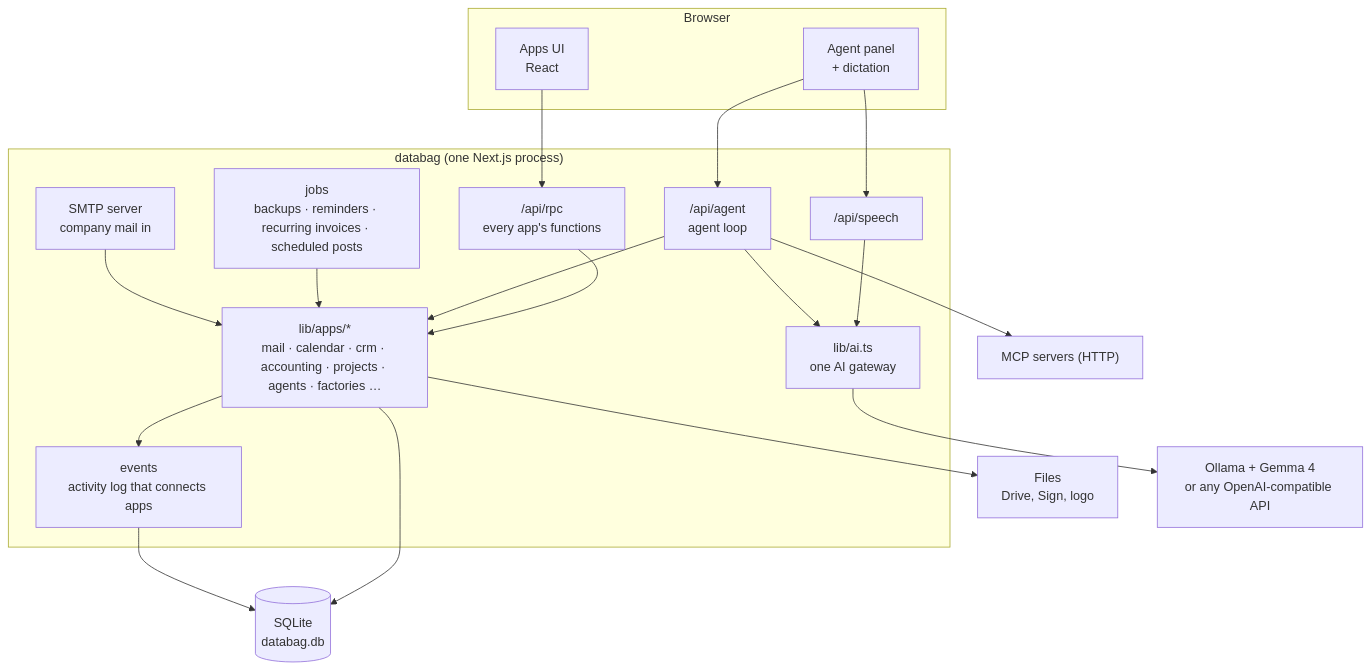
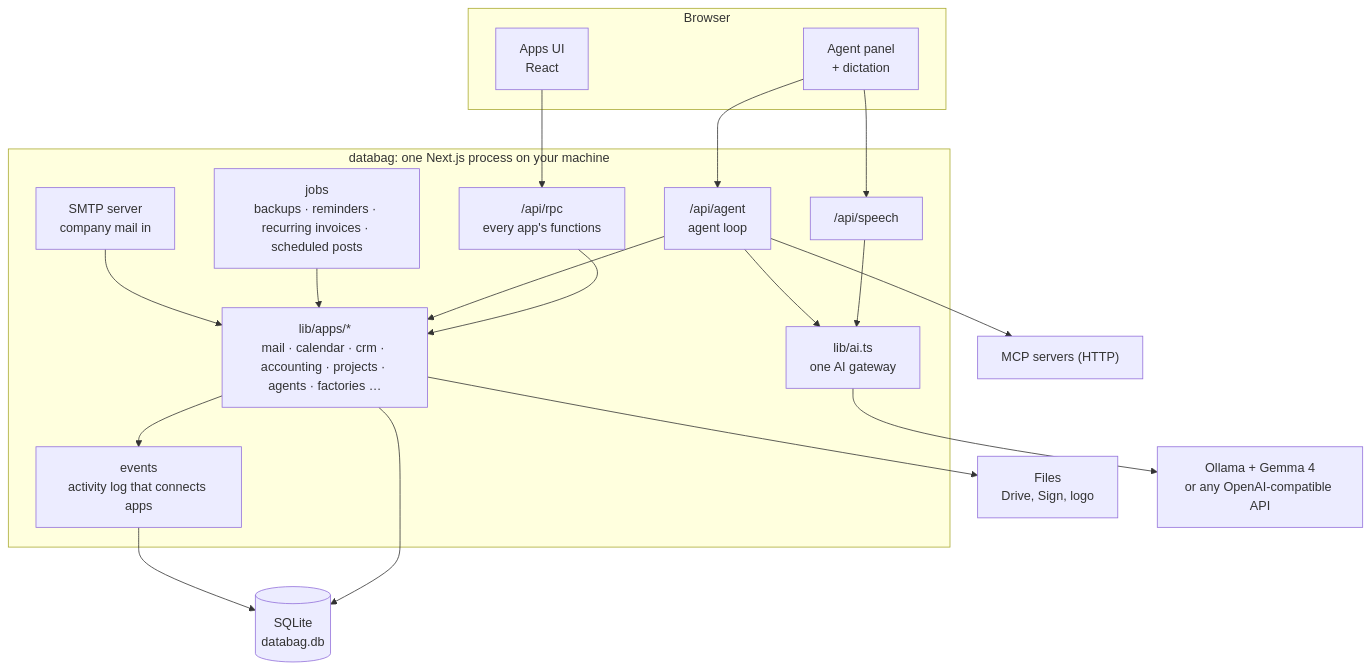
The first of 4 diagrams in docs/architecture.md (vinodkumarbhovi/databag-os), drawn with Mermaid before and after one commit. The commit also changed other lines of this file and 19 other files, not shown here.

````diff
--- a/docs/architecture.md
+++ b/docs/architecture.md
@@ -7,34 +7,34 @@
 ```mermaid
 flowchart TB
   subgraph Browser
     UI["Apps UI<br/>React"]
     AP["Agent panel<br/>+ dictation"]
   end
-  subgraph Server["databag (one Next.js process)"]
+  subgraph Server["databag: one Next.js process on your machine"]
     RPC["/api/rpc<br/>every app's functions"]
     AG["/api/agent<br/>agent loop"]
     SP["/api/speech"]
     APPS["lib/apps/*<br/>mail · calendar · crm · accounting · projects · agents · factories …"]
     EV["events<br/>activity log that connects apps"]
     AI["lib/ai.ts<br/>one AI gateway"]
     JOBS["jobs<br/>backups · reminders · recurring invoices · scheduled posts"]
     SMTP["SMTP server<br/>company mail in"]
   end
   DB[("SQLite<br/>databag.db")]
   FS["Files<br/>Drive, Sign, logo"]
   LLM["Ollama + Gemma 4<br/>or any OpenAI-compatible API"]
   MCP["MCP servers (HTTP)"]
 
   UI --> RPC --> APPS
   AP --> AG
   AP --> SP --> AI
   AG --> APPS
   AG --> AI
   AG --> MCP
   APPS --> DB
   APPS --> FS
   APPS --> EV --> DB
   AI --> LLM
   JOBS --> APPS
   SMTP --> APPS
 ```
````
